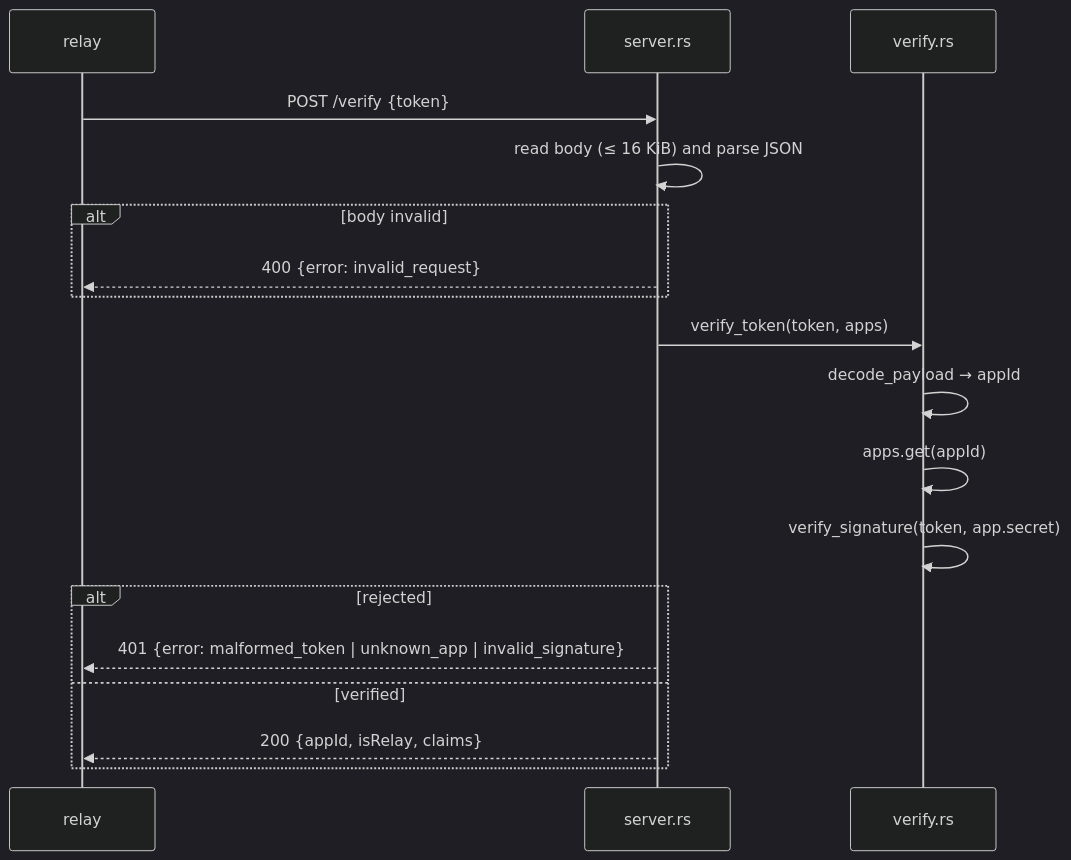
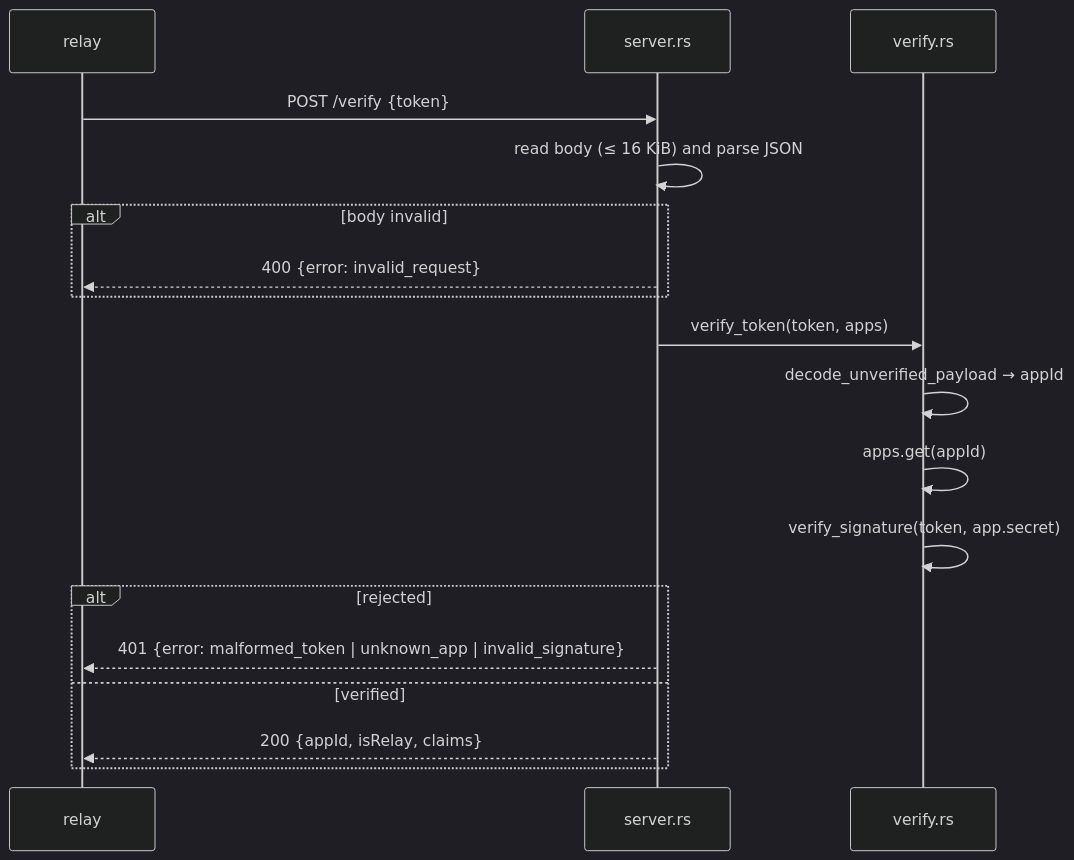
Before and after one commit to nttcom/moq-wasm: the diagram in docs/architecture/vts/architecture.md, drawn with Mermaid (dark theme). The commit also changed other lines of this file and 5 other files, not shown here.

First line of the commit message:
refactor(auth-token): name the unverified decode after what it skips

````diff
--- a/docs/architecture/vts/architecture.md
+++ b/docs/architecture/vts/architecture.md
@@ -31,20 +31,20 @@
 ```mermaid
 sequenceDiagram
     participant R as relay
     participant S as server.rs
     participant V as verify.rs
     R->>S: POST /verify {token}
     S->>S: read body (≤ 16 KiB) and parse JSON
     alt body invalid
         S-->>R: 400 {error: invalid_request}
     end
     S->>V: verify_token(token, apps)
-    V->>V: decode_payload → appId
+    V->>V: decode_unverified_payload → appId
     V->>V: apps.get(appId)
     V->>V: verify_signature(token, app.secret)
     alt rejected
         S-->>R: 401 {error: malformed_token | unknown_app | invalid_signature}
     else verified
         S-->>R: 200 {appId, isRelay, claims}
     end
 ```
````
